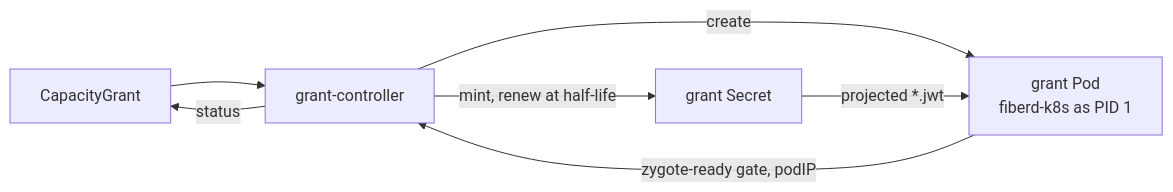
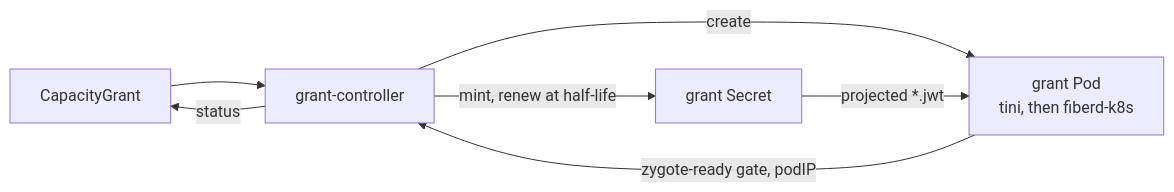
One commit to helayoty/fiberd changed the first of 2 diagrams in docs/design/kubernetes.md. Above: the diagram before and after it, drawn with Mermaid. The commit also changed other lines of this file and 3 other files, not shown here.

````diff
--- a/docs/design/kubernetes.md
+++ b/docs/design/kubernetes.md
@@ -11,9 +11,9 @@
 ```mermaid
 flowchart LR
   CG[CapacityGrant] --> C[grant-controller]
-  C -->|create| P[grant Pod<br/>fiberd-k8s as PID 1]
+  C -->|create| P[grant Pod<br/>tini, then fiberd-k8s]
   C -->|mint, renew at half-life| S[grant Secret]
   S -->|projected *.jwt| P
   P -->|zygote-ready gate, podIP| C
   C -->|status| CG
 ```
````
